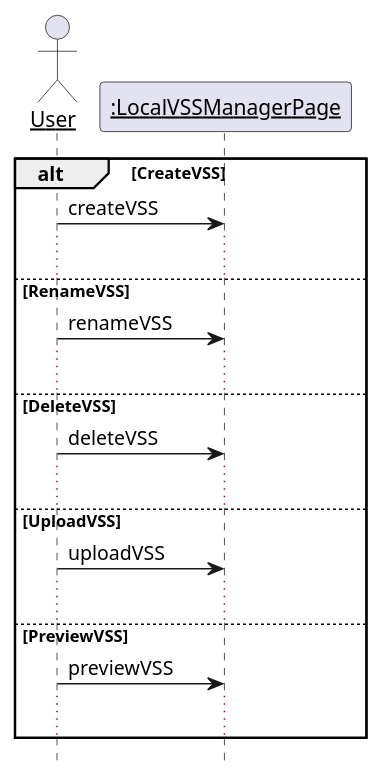
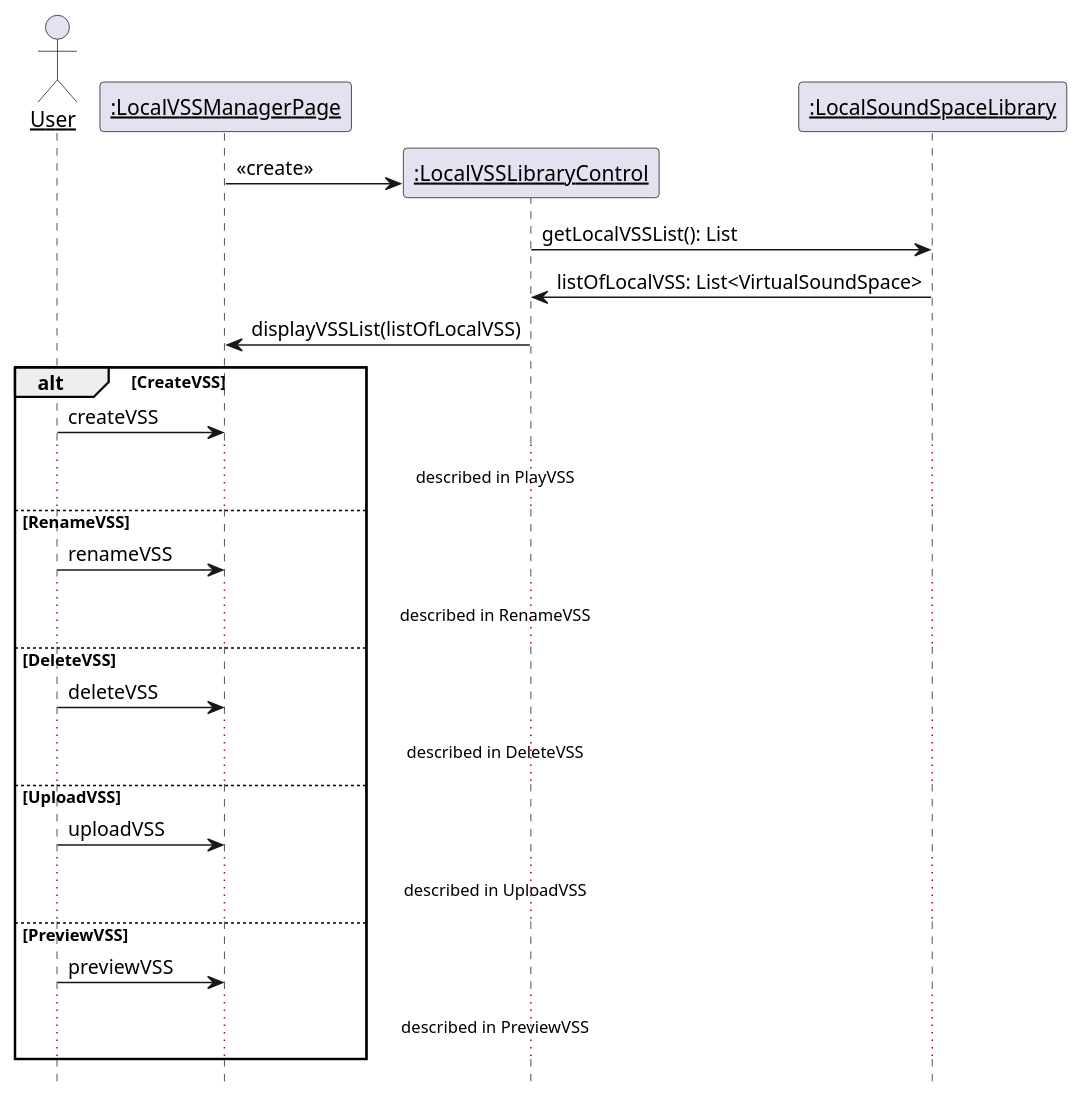
The third of 20 diagrams in 需求定义和分析/SeqDiagram.md (kpp19920121/doc), drawn with PlantUML before and after one commit. The commit also changed other lines of this file and 20 other files, not shown here.

````diff
--- a/需求定义和分析/SeqDiagram.md
+++ b/需求定义和分析/SeqDiagram.md
@@ -120,26 +136,35 @@
 ```PlantUML
 @startuml ManageLocalVSSLibrary
 hide footbox
 skinparam sequenceParticipant underline
 
 actor User as user
 participant ":LocalVSSManagerPage" as boundary
+participant ":LocalVSSLibraryControl" as control
+participant ":LocalSoundSpaceLibrary" as library
+
+create control
+boundary -> control: <<create>>
+control -> library: getLocalVSSList(): List
+library -> control: listOfLocalVSS: List<VirtualSoundSpace>
+control -> boundary: displayVSSList(listOfLocalVSS)
+
 
 alt CreateVSS
     user -> boundary: createVSS
-    ...
+    ...described in PlayVSS...
 else RenameVSS
     user -> boundary: renameVSS
-    ...
+    ...described in RenameVSS...
 else DeleteVSS
     user -> boundary: deleteVSS
-    ...
+    ...described in DeleteVSS...
 else UploadVSS
     user -> boundary: uploadVSS
-    ...
+    ...described in UploadVSS...
 else PreviewVSS
     user -> boundary: previewVSS
-    ...
+    ...described in PreviewVSS...
 end
 @enduml
 ```
````
